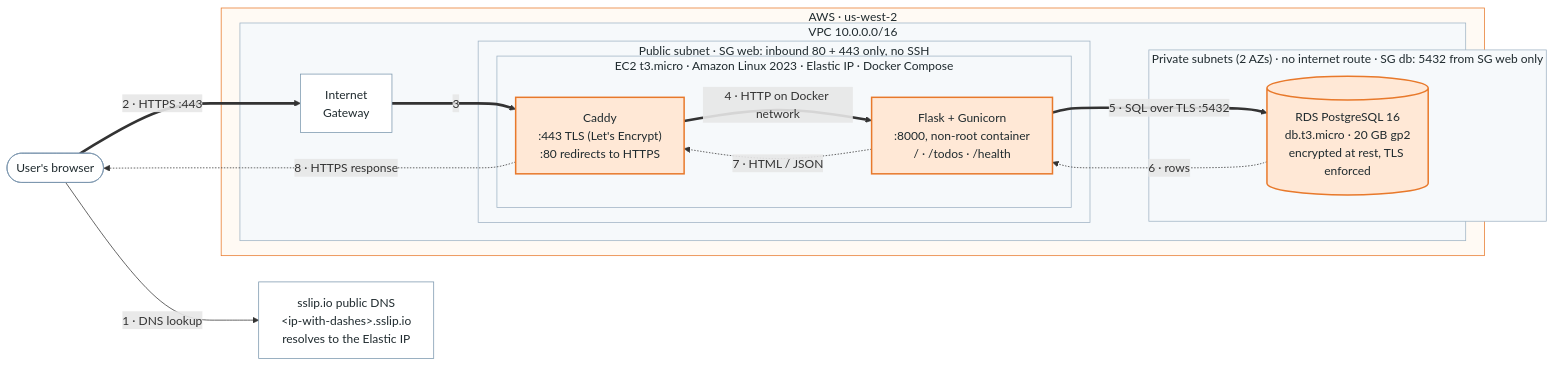
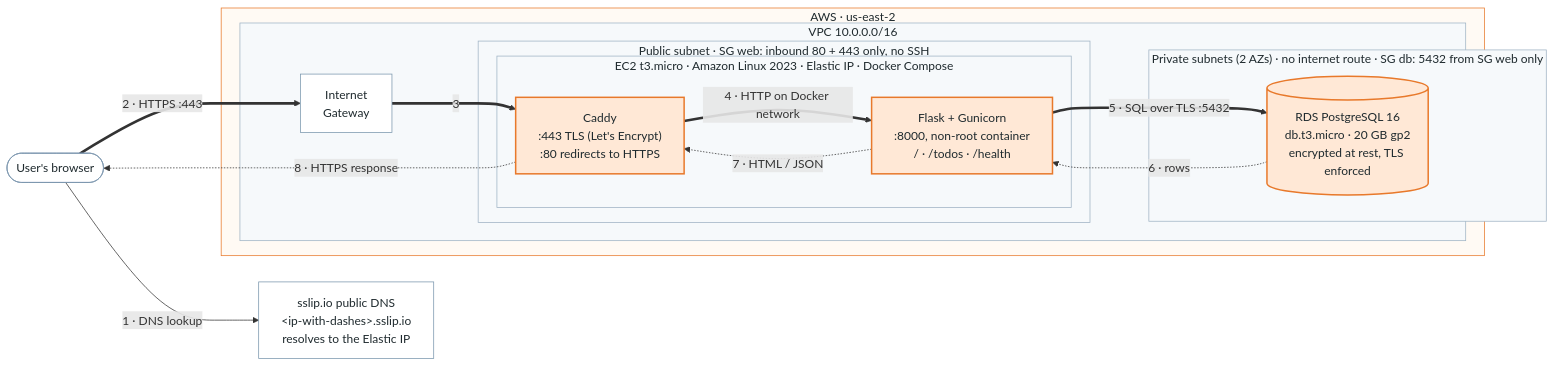
One commit to IgorJanGit/brightpath-todo changed the diagram in docs/architecture.mmd. Above: the diagram before and after it, drawn with Mermaid. The commit also changed 3 other files, not shown here.

```diff
--- a/docs/architecture.mmd
+++ b/docs/architecture.mmd
@@ -1,37 +1,37 @@
 %% Request path: how a request travels from the browser to the app and back.
 flowchart LR
     user(["User's browser"])
     dns["sslip.io public DNS<br/>&lt;ip-with-dashes&gt;.sslip.io<br/>resolves to the Elastic IP"]
 
-    subgraph aws["AWS · us-west-2"]
+    subgraph aws["AWS · us-east-2"]
         subgraph vpc["VPC 10.0.0.0/16"]
             igw["Internet<br/>Gateway"]
             subgraph pub["Public subnet · SG web: inbound 80 + 443 only, no SSH"]
                 subgraph ec2["EC2 t3.micro · Amazon Linux 2023 · Elastic IP · Docker Compose"]
                     caddy["Caddy<br/>:443 TLS (Let's Encrypt)<br/>:80 redirects to HTTPS"]
                     app["Flask + Gunicorn<br/>:8000, non-root container<br/>/  ·  /todos  ·  /health"]
                 end
             end
             subgraph priv["Private subnets (2 AZs) · no internet route · SG db: 5432 from SG web only"]
                 rds[("RDS PostgreSQL 16<br/>db.t3.micro · 20 GB gp2<br/>encrypted at rest, TLS enforced")]
             end
         end
     end
 
     user -- "1 · DNS lookup" --> dns
     user == "2 · HTTPS :443" ==> igw
     igw == "3" ==> caddy
     caddy == "4 · HTTP on Docker network" ==> app
     app == "5 · SQL over TLS :5432" ==> rds
     rds -. "6 · rows" .-> app
     app -. "7 · HTML / JSON" .-> caddy
     caddy -. "8 · HTTPS response" .-> user
 
     classDef box fill:#ffffff,stroke:#7a96ad,color:#1f2a2e
     classDef hot fill:#ffe8d6,stroke:#e8792b,color:#1f2a2e,stroke-width:2px
     classDef zone fill:#f6f9fb,stroke:#9fb3c4,color:#1f2a2e
     classDef cloud fill:#fffaf4,stroke:#e8792b,color:#1f2a2e
     class aws cloud
     class vpc,pub,priv,ec2 zone
     class dns,igw,user box
     class caddy,app,rds hot
```
